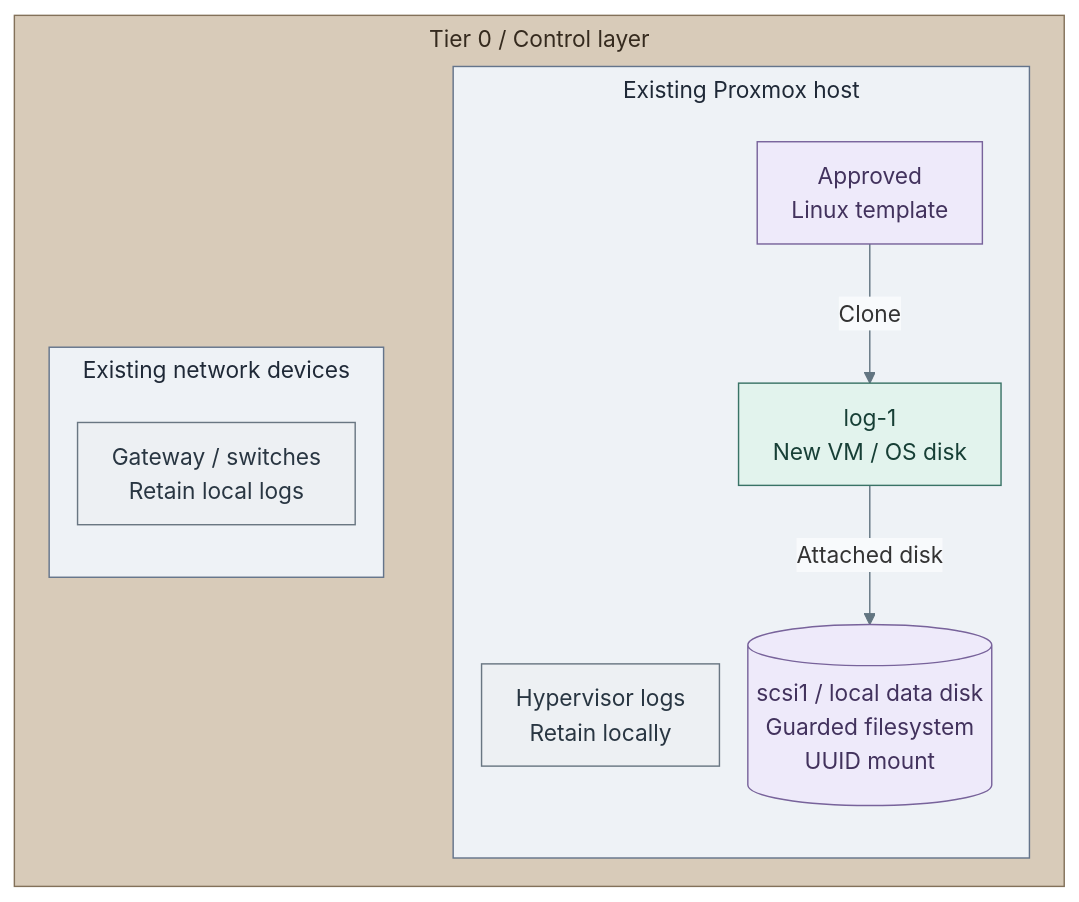
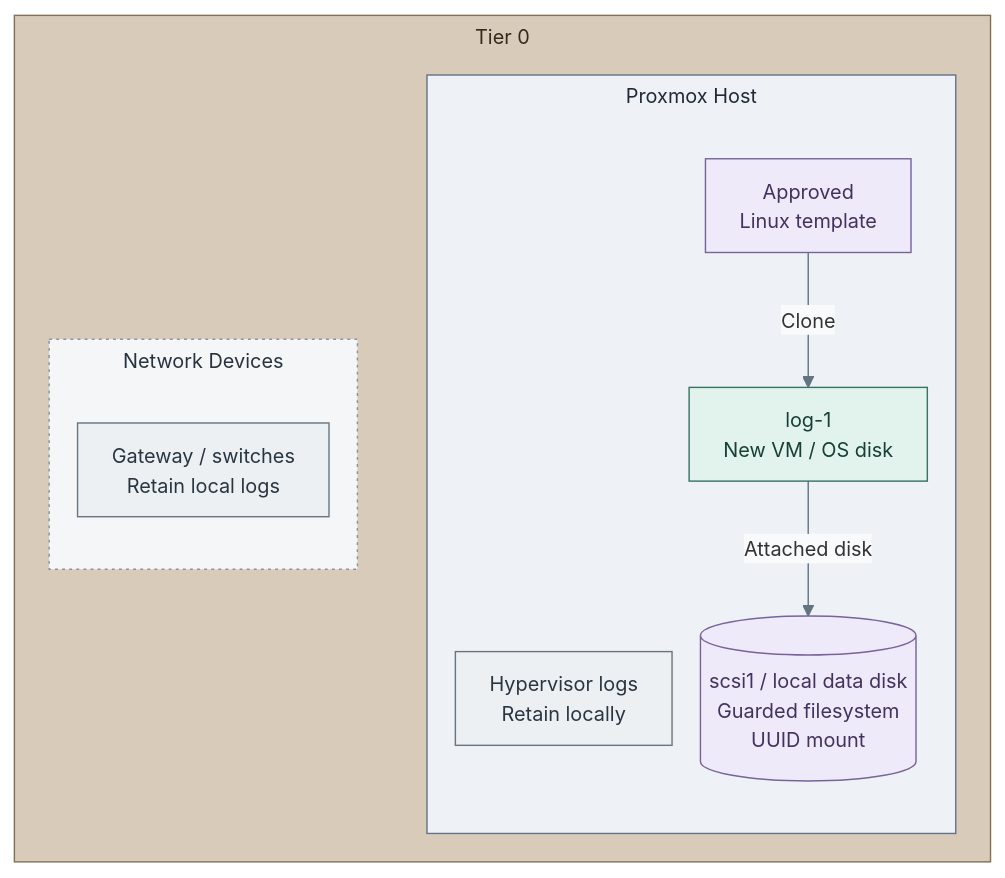
The first of 2 diagrams in docs/03-deployment/stage-2-logging/README.md (Rexus/homelab), drawn with Mermaid before and after one commit. The commit also changed other lines of this file and 124 other files, not shown here.

First line of the commit message:
fix(platform): align service diagrams and directory failover

````diff
--- a/docs/03-deployment/stage-2-logging/README.md
+++ b/docs/03-deployment/stage-2-logging/README.md
@@ -155,31 +104,34 @@
 ```mermaid
-%%{init: {"theme":"base","flowchart":{"nodeSpacing":20,"rankSpacing":24,"padding":12,"subGraphTitleMargin":{"top":4,"bottom":12}},"themeVariables":{"lineColor":"#627581","edgeLabelBackground":"#f8fafc"}}}%%
+%%{init: {"theme":"base","flowchart":{"nodeSpacing":20,"rankSpacing":24,"padding":12,"subGraphTitleMargin":{"top":4,"bottom":18}},"themeVariables":{"lineColor":"#627581","edgeLabelBackground":"#f8fafc","fontFamily":"Arial, sans-serif","fontSize":"14px"},"fontFamily":"Arial, sans-serif"}}%%
 flowchart LR
-  subgraph T0["Tier 0 / Control layer"]
+  subgraph T0["Tier 0"]
     direction LR
-    subgraph Infrastructure["Existing network devices"]
+    subgraph Infrastructure["Network Devices"]
       Devices["Gateway / switches<br/>Retain local logs"]
     end
-    subgraph PVE["Existing Proxmox host"]
+    subgraph PVE["Proxmox Host"]
       direction TB
       Host["Hypervisor logs<br/>Retain locally"]
       Template["Approved<br/>Linux template"]
       VM["log-1<br/>New VM / OS disk"]
       Data[("scsi1 / local data disk<br/>Guarded filesystem<br/>UUID mount")]
       Template -->|Clone| VM
       VM -->|Attached disk| Data
     end
     Infrastructure ~~~ PVE
   end
+  classDef group fill:#f5f6f7,stroke:#89939e,color:#273340,stroke-dasharray:2 3
   classDef default fill:#f8fafc,stroke:#64748b,color:#1f2937
   classDef boundary fill:#eef2f6,stroke:#64748b,color:#1f2937
   classDef data fill:#eeeafa,stroke:#78639b,color:#42325d
   classDef control fill:#e2f3ed,stroke:#397366,color:#173f36
   classDef actor fill:#edf0f3,stroke:#697682,color:#293642
-  class Infrastructure,PVE boundary
+  class PVE boundary
   class Template,Data data
   class VM control
   class Devices,Host actor
   classDef tier0 fill:#d8cbb9,stroke:#83715a,color:#352a1e
   class T0 tier0
+  classDef network fill:#f4eded,stroke:#9b7378,color:#50383d
+  class Infrastructure group
 ```
````
